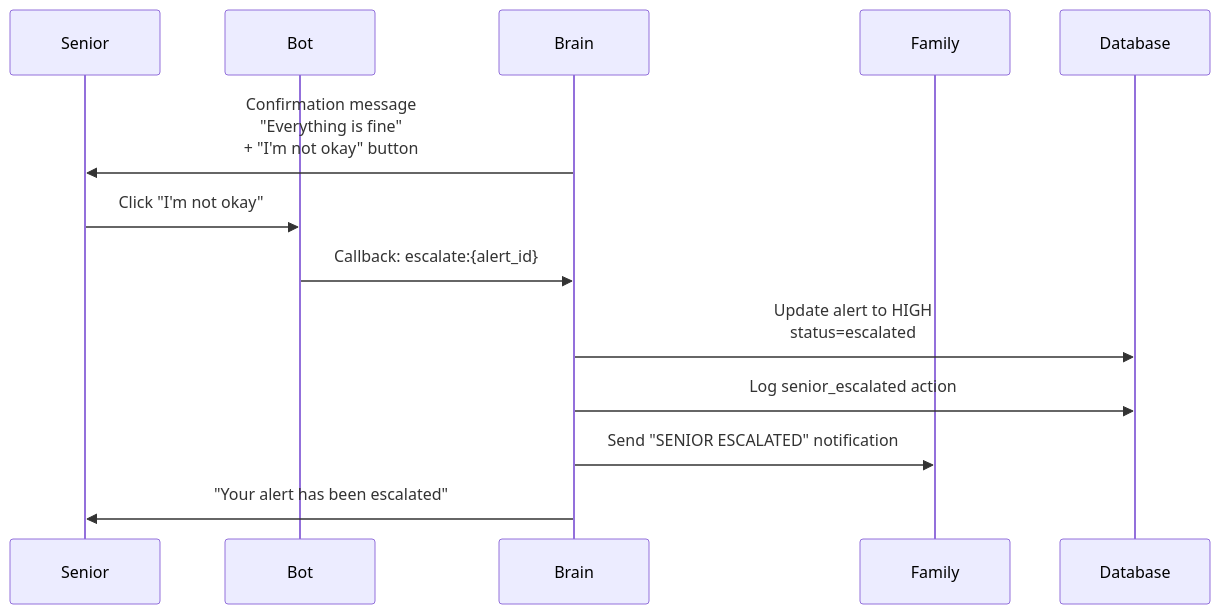
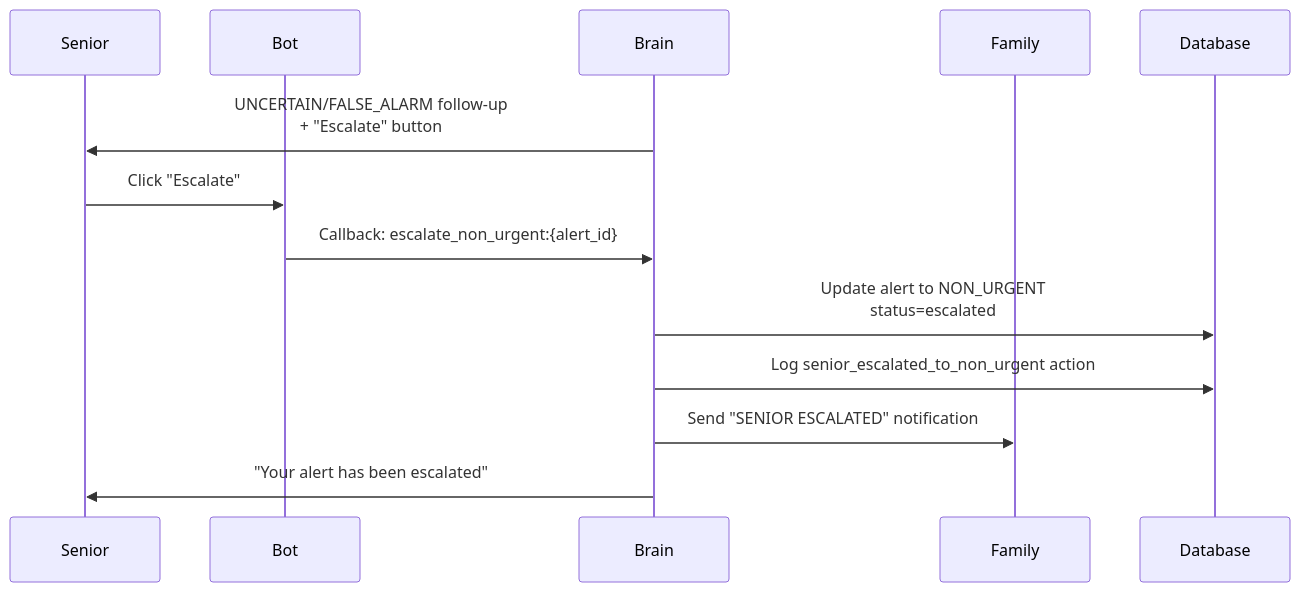
Before and after one commit to brucewzj99/PersonalAlertPlus: the eighth of 8 diagrams in flowchart.md, drawn with Mermaid. The commit also changed other lines of this file and 11 other files, not shown here.

````diff
--- a/flowchart.md
+++ b/flowchart.md
@@ -403,15 +369,15 @@
 ```mermaid
 sequenceDiagram
     participant Senior
     participant Bot
     participant Brain
     participant Family
 
-    Brain->>Senior: Confirmation message<br/>"Everything is fine"<br/>+ "I'm not okay" button
-    Senior->>Bot: Click "I'm not okay"
-    Bot->>Brain: Callback: escalate:{alert_id}
-    Brain->>Database: Update alert to HIGH<br/>status=escalated
-    Brain->>Database: Log senior_escalated action
+    Brain->>Senior: UNCERTAIN/FALSE_ALARM follow-up<br/>+ "Escalate" button
+    Senior->>Bot: Click "Escalate"
+    Bot->>Brain: Callback: escalate_non_urgent:{alert_id}
+    Brain->>Database: Update alert to NON_URGENT<br/>status=escalated
+    Brain->>Database: Log senior_escalated_to_non_urgent action
     Brain->>Family: Send "SENIOR ESCALATED" notification
     Brain->>Senior: "Your alert has been escalated"
 ```
````
